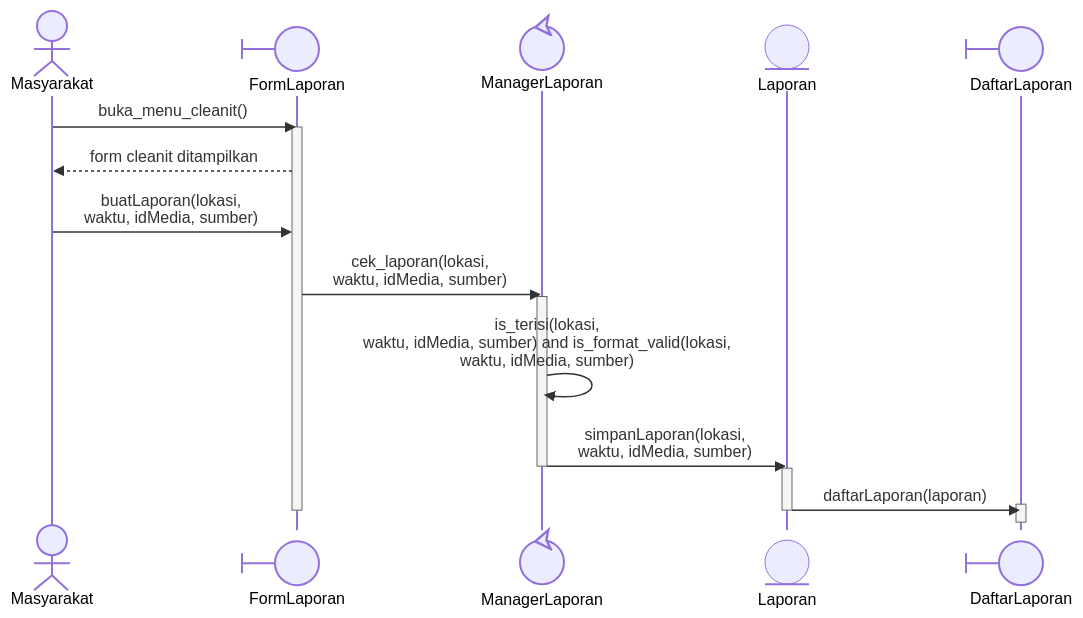
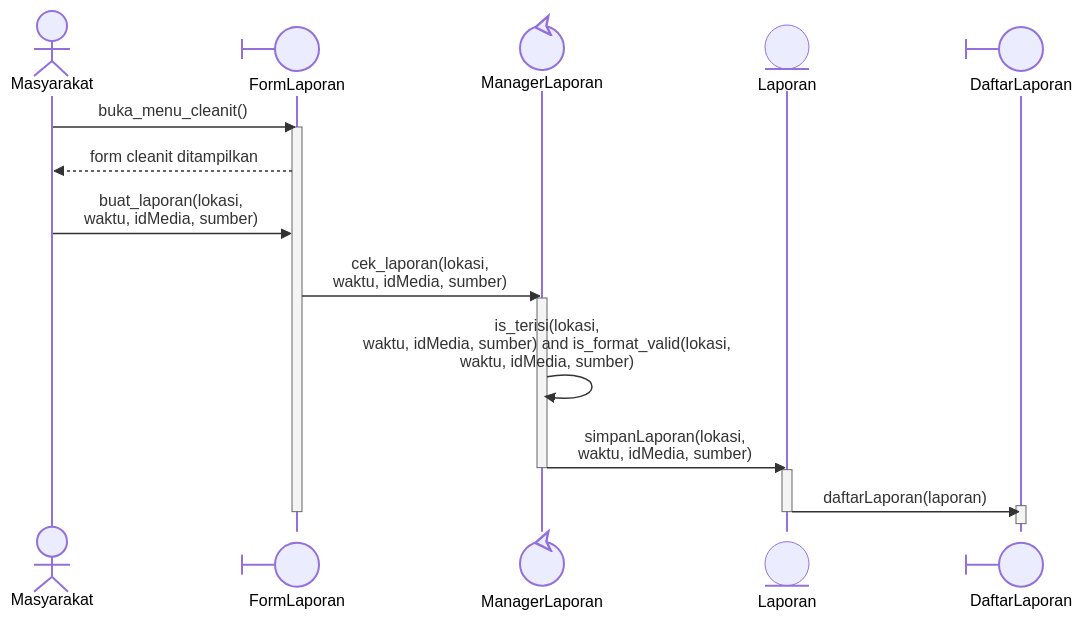
One commit to star-scripter/IF2150-RPL-K03-G02 changed diagram 16 of 29 in docs/M8/K03_G02_DPPL2.md. Above: the diagram before and after it, drawn with Mermaid. The commit also changed other lines of this file, not shown here.

Commit message:
docs: some more 3.5 adjustments and class diagram

````diff
--- a/docs/M8/K03_G02_DPPL2.md
+++ b/docs/M8/K03_G02_DPPL2.md
@@ -916,28 +916,28 @@
 ```mermaid
 %%{init: {'themeCSS': '.actor-line { stroke-dasharray: 4, 4; }'}}%%
 sequenceDiagram
     actor M as Masyarakat
     participant FL@{"type":"boundary"} as FormLaporan
     participant ML@{"type":"control"} as ManagerLaporan
     participant L@{"type":"entity"} as Laporan
     participant DL@{"type":"boundary"} as DaftarLaporan
 
     M->>FL: buka_menu_cleanit()
     activate FL
     FL-->>M: form cleanit ditampilkan
 
-    M->>FL: buatLaporan(lokasi, <br/>waktu, idMedia, sumber)
+    M->>FL: buat_laporan(lokasi, <br/>waktu, idMedia, sumber)
     FL->>ML: cek_laporan(lokasi, <br/>waktu, idMedia, sumber)
     activate ML
     ML->>ML: is_terisi(lokasi, <br/>waktu, idMedia, sumber) and is_format_valid(lokasi, <br/>waktu, idMedia, sumber)
 
     ML->>L: simpanLaporan(lokasi, <br/>waktu, idMedia, sumber)
     deactivate ML
     activate L
     L->>DL: daftarLaporan(laporan)
     activate DL
     deactivate DL
     deactivate FL
     deactivate L
 
 ```
````
